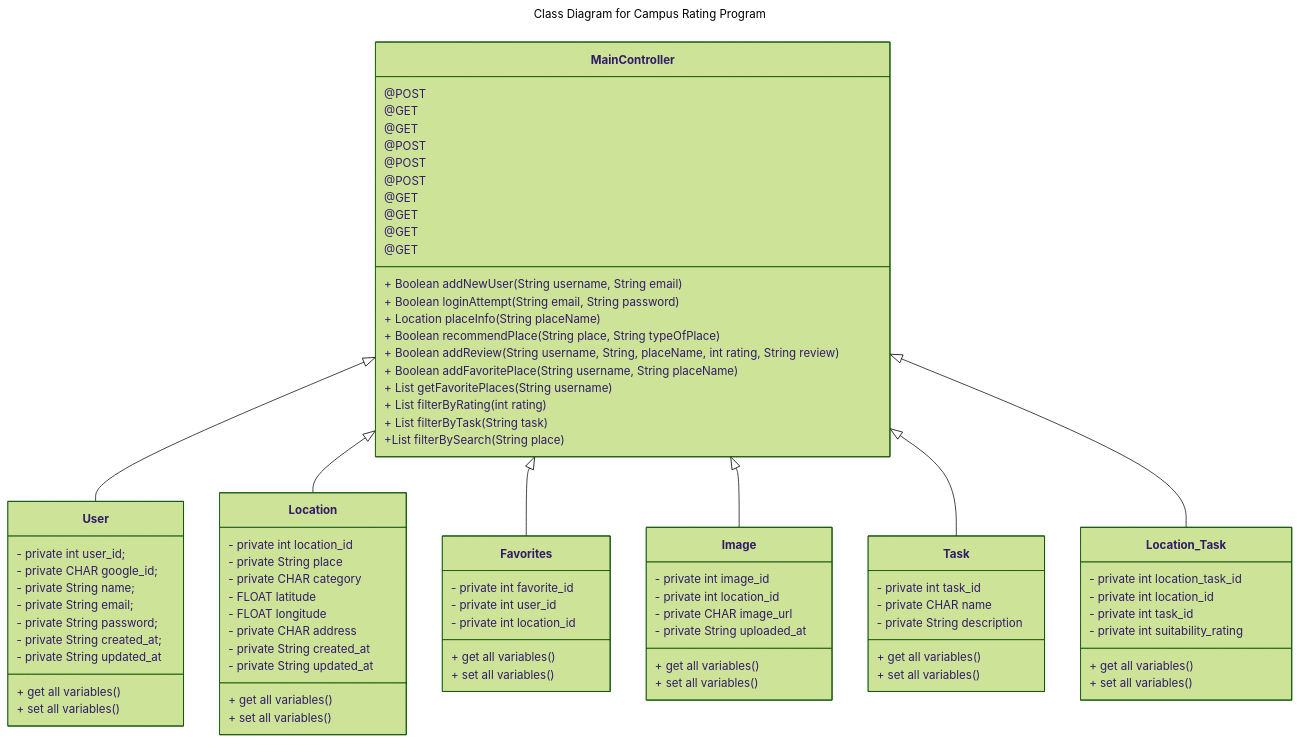
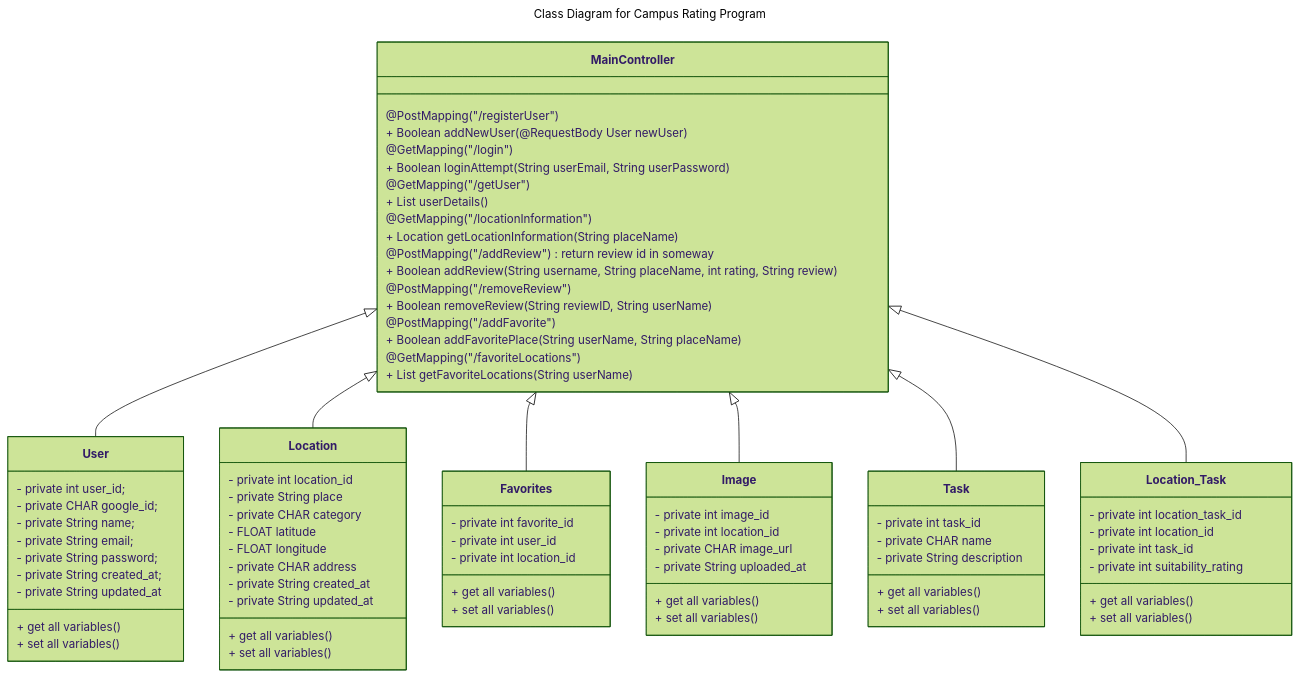
Before and after one commit to bjrodrigu/Project_08: the third of 6 diagrams in README.md, drawn with Mermaid (forest theme).

Commit message:
Update README.md class diagrams first version

```diff
--- a/README.md
+++ b/README.md
@@ -203,26 +203,22 @@
         + set all variables()
     }
     class MainController {
-        @POST
-        + Boolean addNewUser(String username, String email)
-        @GET
-        + Boolean loginAttempt(String email, String password)
-        @GET
-        + Location placeInfo(String placeName)
-        @POST
-        + Boolean recommendPlace(String place, String typeOfPlace)
-        @POST
-        + Boolean addReview(String username, String, placeName, int rating, String review)
-        @POST
-        + Boolean addFavoritePlace(String username, String placeName)
-        @GET
-        + List<Location> getFavoritePlaces(String username)
-        @GET
-        + List<Location> filterByRating(int rating)
-        @GET
-        + List<Location> filterByTask(String task)
-        @GET
-        +List<Location> filterBySearch(String place)
+        @PostMapping("/registerUser")
+        + Boolean addNewUser(@RequestBody User newUser)
+        @GetMapping("/login")
+        + Boolean loginAttempt(String userEmail, String userPassword)
+        @GetMapping("/getUser")
+        + List<String> userDetails()
+        @GetMapping("/locationInformation")
+        + Location getLocationInformation(String placeName)
+        @PostMapping("/addReview") return review id in someway 
+        + Boolean addReview(String username, String placeName, int rating, String review)
+        @PostMapping("/removeReview")
+        + Boolean removeReview(String reviewID, String userName)
+        @PostMapping("/addFavorite")
+        + Boolean addFavoritePlace(String userName, String placeName)
+         @GetMapping("/favoriteLocations")
+        + List<Location> getFavoriteLocations(String userName)
     }
     MainController <|-- User
     MainController <|-- Location
```
